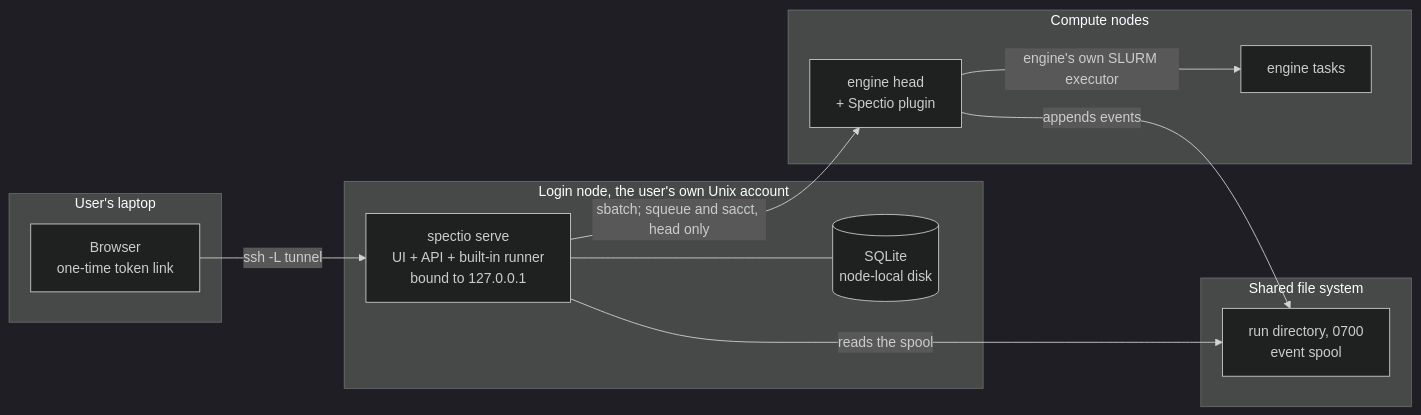
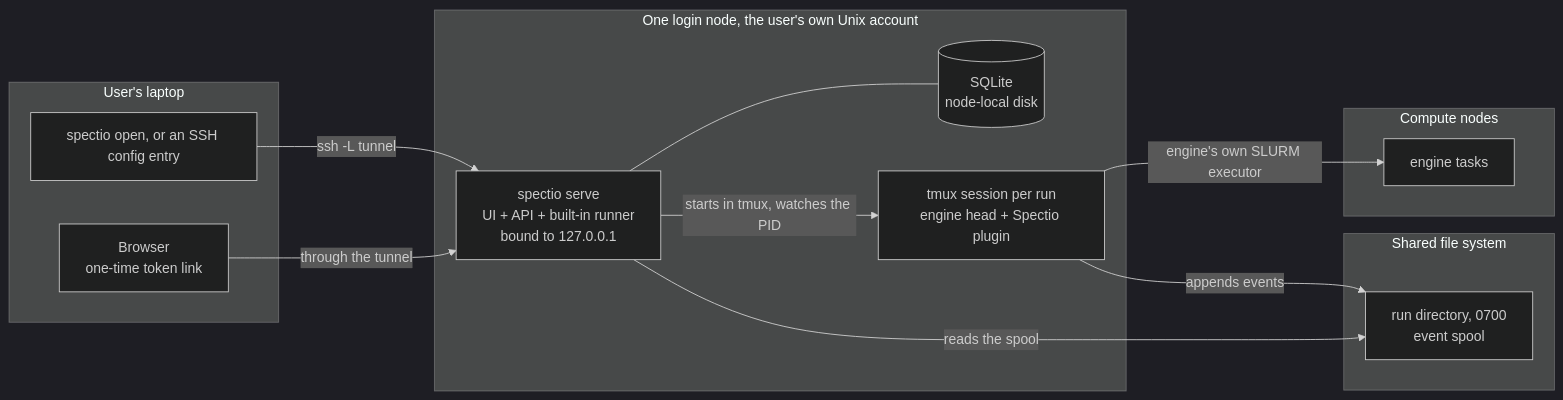
The diagram in docs/specs/dev-environment-and-testing.md (spectio-org/spectio), drawn with Mermaid (dark theme) before and after one commit. The commit also changed other lines of this file and 17 other files, not shown here.

First line of the commit message:
spec(0.0.1): head in tmux on the login node, EMBL only, SSH config and spectio open

````diff
--- a/docs/specs/dev-environment-and-testing.md
+++ b/docs/specs/dev-environment-and-testing.md
@@ -719,23 +719,25 @@
 ```mermaid
 flowchart LR
   subgraph laptop["User's laptop"]
+    O["spectio open, or an SSH config entry"]
     B["Browser<br/>one-time token link"]
   end
-  subgraph login["Login node, the user's own Unix account"]
+  subgraph login["One login node, the user's own Unix account"]
     S["spectio serve<br/>UI + API + built-in runner<br/>bound to 127.0.0.1"]
     DB[("SQLite<br/>node-local disk")]
+    H["tmux session per run<br/>engine head + Spectio plugin"]
   end
   subgraph shared["Shared file system"]
     R["run directory, 0700<br/>event spool"]
   end
   subgraph compute["Compute nodes"]
-    H["engine head<br/>+ Spectio plugin"]
     T["engine tasks"]
   end
-  B -->|"ssh -L tunnel"| S
+  O -->|"ssh -L tunnel"| S
+  B -->|"through the tunnel"| S
   S --- DB
-  S -->|"sbatch; squeue and sacct, head only"| H
+  S -->|"starts in tmux, watches the PID"| H
   H -->|"engine's own SLURM executor"| T
   H -->|"appends events"| R
   S -->|"reads the spool"| R
 ```
````
